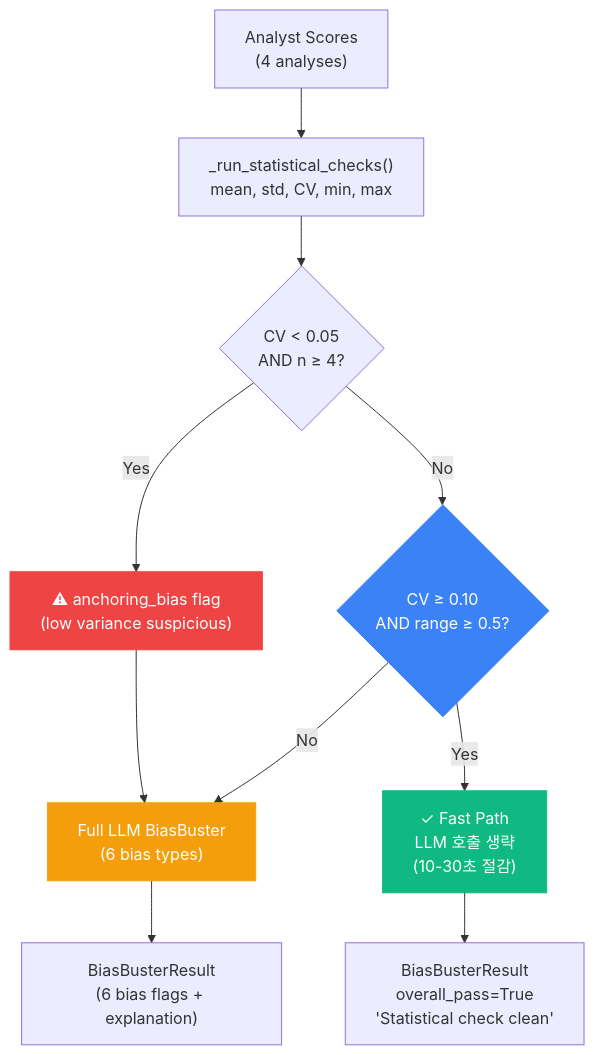
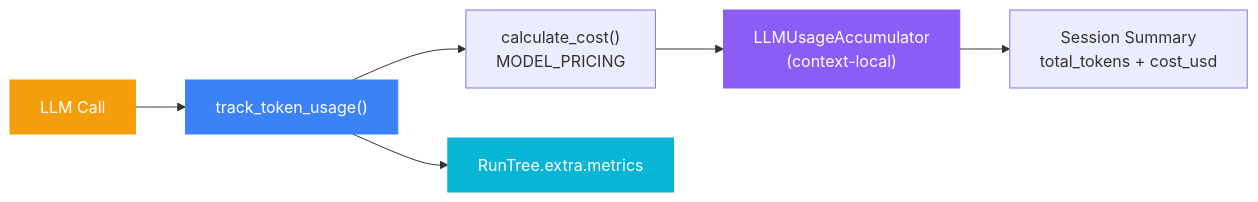
One commit to mangowhoiscloud/geode changed diagram 11 of 11 in README.md. Above: the diagram before and after it, drawn with Mermaid. The commit also changed other lines of this file, not shown here.

````diff
--- a/README.md
+++ b/README.md
@@ -835,18 +477,13 @@
 ```mermaid
-graph TB
-    Analyses["Analyst Scores<br/>(4 analyses)"] --> Stats["_run_statistical_checks()<br/>mean, std, CV, min, max"]
-    Stats --> LV{"CV < 0.05<br/>AND n ≥ 4?"}
-    LV -->|Yes| Anchoring["⚠ anchoring_bias flag<br/>(low variance suspicious)"]
-    Anchoring --> LLM["Full LLM BiasBuster<br/>(6 bias types)"]
-    LV -->|No| Fast{"CV ≥ 0.10<br/>AND range ≥ 0.5?"}
-    Fast -->|Yes| Skip["✓ Fast Path<br/>LLM 호출 생략<br/>(10-30초 절감)"]
-    Fast -->|No| LLM
+graph LR
+    LLM["LLM Call"] --> Track["track_token_usage()"]
+    Track --> Cost["calculate_cost()<br/>MODEL_PRICING"]
+    Track --> RT["RunTree.extra.metrics"]
+    Cost --> Acc["LLMUsageAccumulator<br/>(context-local)"]
+    Acc --> Summary["Session Summary<br/>total_tokens + cost_usd"]
 
-    LLM --> Result["BiasBusterResult<br/>(6 bias flags + explanation)"]
-    Skip --> Clean["BiasBusterResult<br/>overall_pass=True<br/>'Statistical check clean'"]
-
-    style Skip fill:#10b981,stroke:#10b981,color:#fff
-    style Anchoring fill:#ef4444,stroke:#ef4444,color:#fff
     style LLM fill:#f59e0b,stroke:#f59e0b,color:#fff
-    style Fast fill:#3b82f6,stroke:#3b82f6,color:#fff
+    style Track fill:#3b82f6,stroke:#3b82f6,color:#fff
+    style Acc fill:#8b5cf6,stroke:#8b5cf6,color:#fff
+    style RT fill:#06b6d4,stroke:#06b6d4,color:#fff
 ```
````
